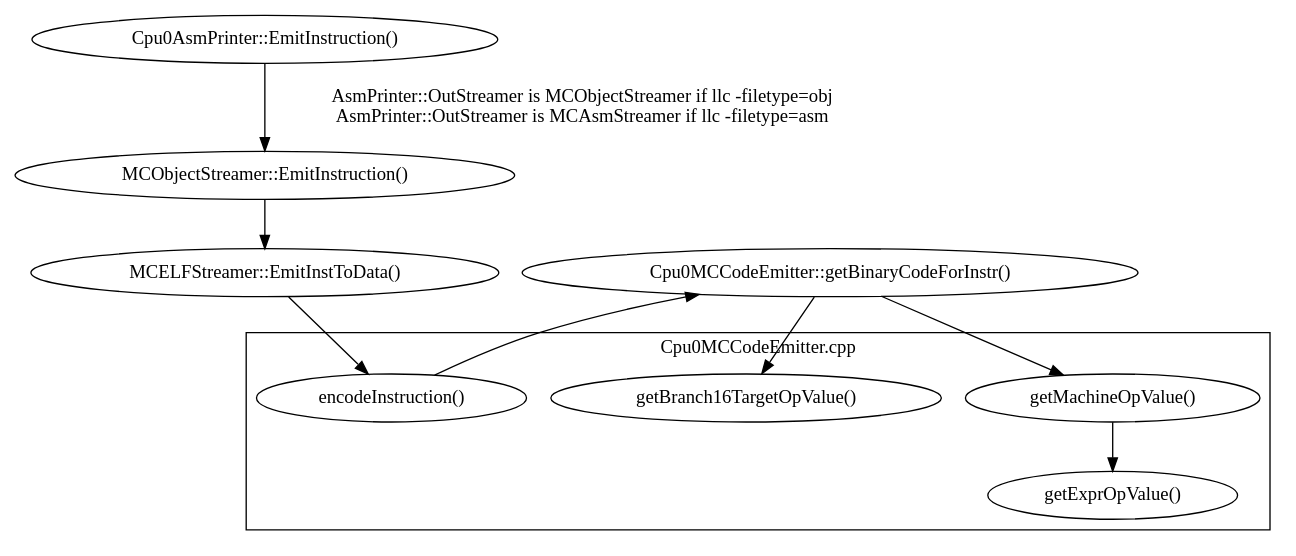
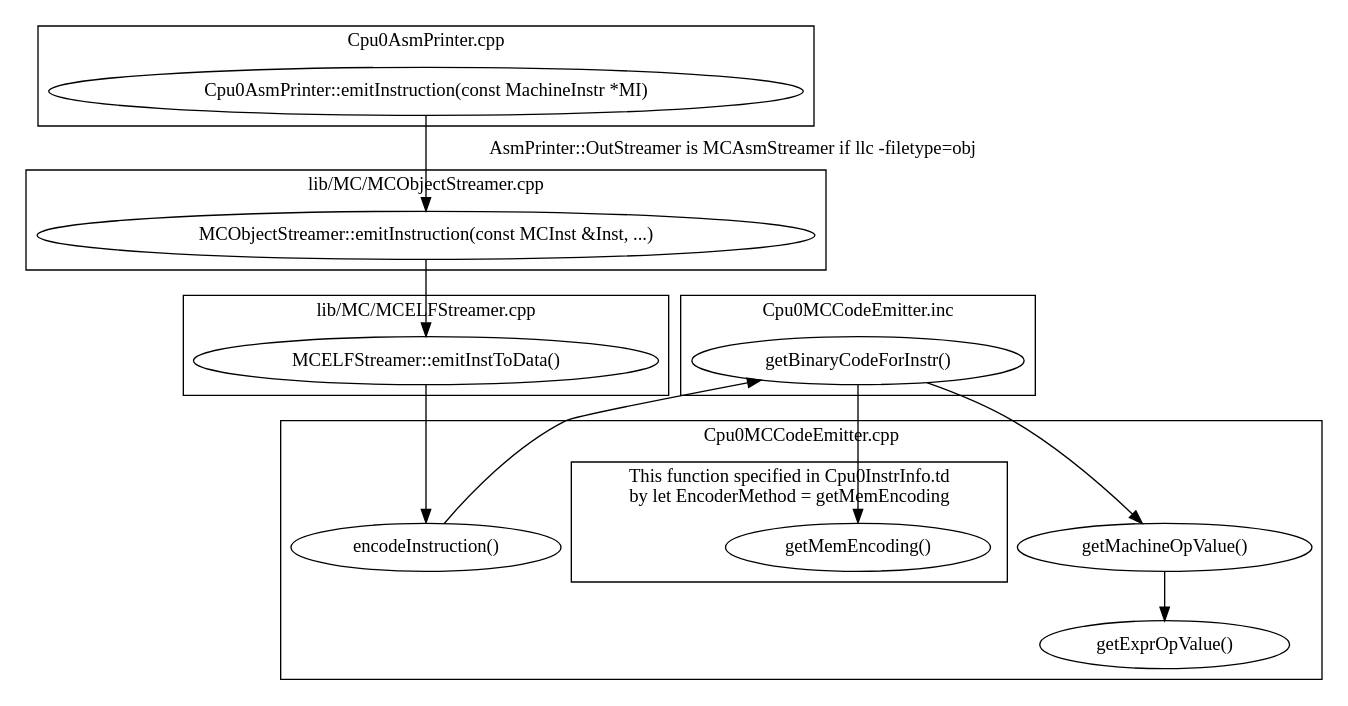
Before and after one commit to Jonathan2251/lbd: the diagram in Fig/genobj/callFunctions.gv, drawn with Graphviz. The commit also changed 20 other files, not shown here.

Commit message:
gpu.rst: address coalescing, subgroup and trans-steps.png;   backendstructure.rst: printAsm.gv, asm-emit.gv and llvm-data-structure.gv;   elf.rst: disas.gv;   asm.rst: asmFlow.gv;   genobj.rst: getMemEncoding, obj-emit.gv;

```diff
--- a/Fig/genobj/callFunctions.gv
+++ b/Fig/genobj/callFunctions.gv
@@ -1,16 +1,36 @@
 digraph G {
   rankdir=TB;
-  "Cpu0AsmPrinter::EmitInstruction()" -> "MCObjectStreamer::EmitInstruction()" [label="AsmPrinter::OutStreamer is MCObjectStreamer if llc -filetype=obj\nAsmPrinter::OutStreamer is MCAsmStreamer if llc -filetype=asm"];
-  "MCObjectStreamer::EmitInstruction()" -> "MCELFStreamer::EmitInstToData()" -> "encodeInstruction()" -> "Cpu0MCCodeEmitter::getBinaryCodeForInstr()";
-  "Cpu0MCCodeEmitter::getBinaryCodeForInstr()" -> "getBranch16TargetOpValue()";
-  "Cpu0MCCodeEmitter::getBinaryCodeForInstr()" -> "getMachineOpValue()";
-  subgraph cluster0 {
+  compound=true;
+  E1 -> E2 [label="AsmPrinter::OutStreamer is MCAsmStreamer if llc -filetype=obj"];
+  E2 -> "MCELFStreamer::emitInstToData()" -> "encodeInstruction()" -> "getBinaryCodeForInstr()";
+  "getBinaryCodeForInstr()" -> EM;
+  "getBinaryCodeForInstr()" -> "getMachineOpValue()";
+  subgraph clusterCpu0Asm {
+    label = "Cpu0AsmPrinter.cpp";
+    E1 [label="Cpu0AsmPrinter::emitInstruction(const MachineInstr *MI)"];
+  }
+  subgraph clusterObj {
+    label = "lib/MC/MCObjectStreamer.cpp";
+    E2 [label="MCObjectStreamer::emitInstruction(const MCInst &Inst, ...)"];
+  }
+  subgraph clusterELF {
+    label = "lib/MC/MCELFStreamer.cpp";
+    "MCELFStreamer::emitInstToData()";
+  }
+  subgraph clusterInc {
+    label = "Cpu0MCCodeEmitter.inc";
+    "getBinaryCodeForInstr()";
+  }
+  subgraph clusterCpu0MC {
     label = "Cpu0MCCodeEmitter.cpp";
     "encodeInstruction()";
-    "getBranch16TargetOpValue()";
     "getMachineOpValue()";
     "getExprOpValue()";
     "getMachineOpValue()" -> "getExprOpValue()";
+    subgraph clusterEM {
+      label = "This function specified in Cpu0InstrInfo.td\n by let EncoderMethod = getMemEncoding";
+      EM [label="getMemEncoding()"];
+    }
   }
 //  label = "Figure: Calling Functions of elf encoder";
 }
```
